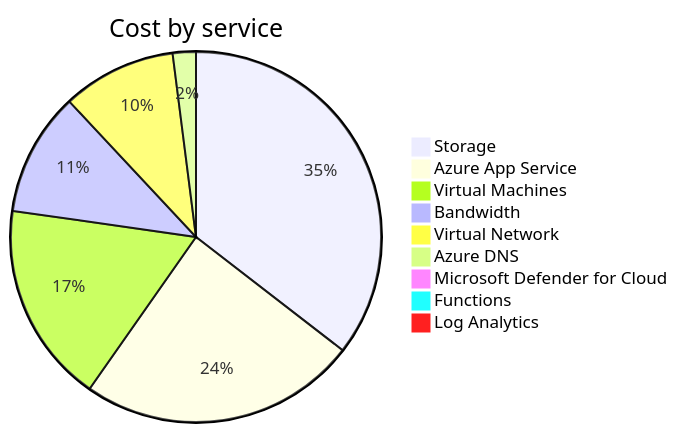
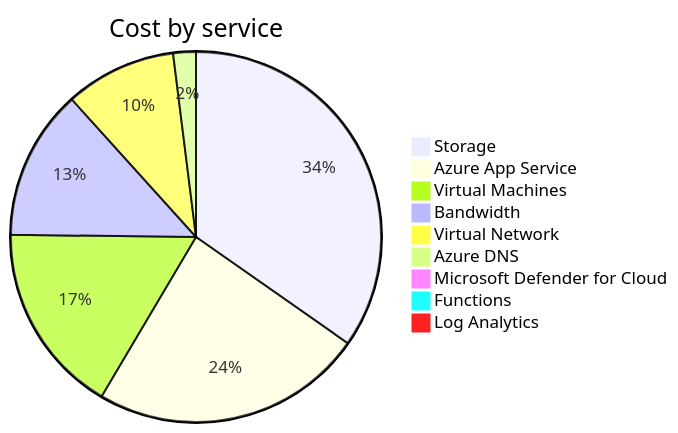
The second of 4 diagrams in cost-reports/accumulated-cost.md (jpfulton/azure-personal-reports), drawn with Mermaid before and after one commit. The commit also changed other lines of this file and 4 other files, not shown here.

````diff
--- a/cost-reports/accumulated-cost.md
+++ b/cost-reports/accumulated-cost.md
@@ -103,13 +103,13 @@
 ```mermaid
 pie
    title Cost by service
-   "Storage" : 4.21
-   "Azure App Service" : 2.88
-   "Virtual Machines" : 2.08
-   "Bandwidth" : 1.28
-   "Virtual Network" : 1.18
-   "Azure DNS" : 0.24
-   "Microsoft Defender for Cloud" : 0.11
+   "Storage" : 5.08
+   "Azure App Service" : 3.48
+   "Virtual Machines" : 2.44
+   "Bandwidth" : 1.92
+   "Virtual Network" : 1.42
+   "Azure DNS" : 0.29
+   "Microsoft Defender for Cloud" : 0.14
    "Functions" : 0.00
    "Log Analytics" : 0.00
 ```
````
